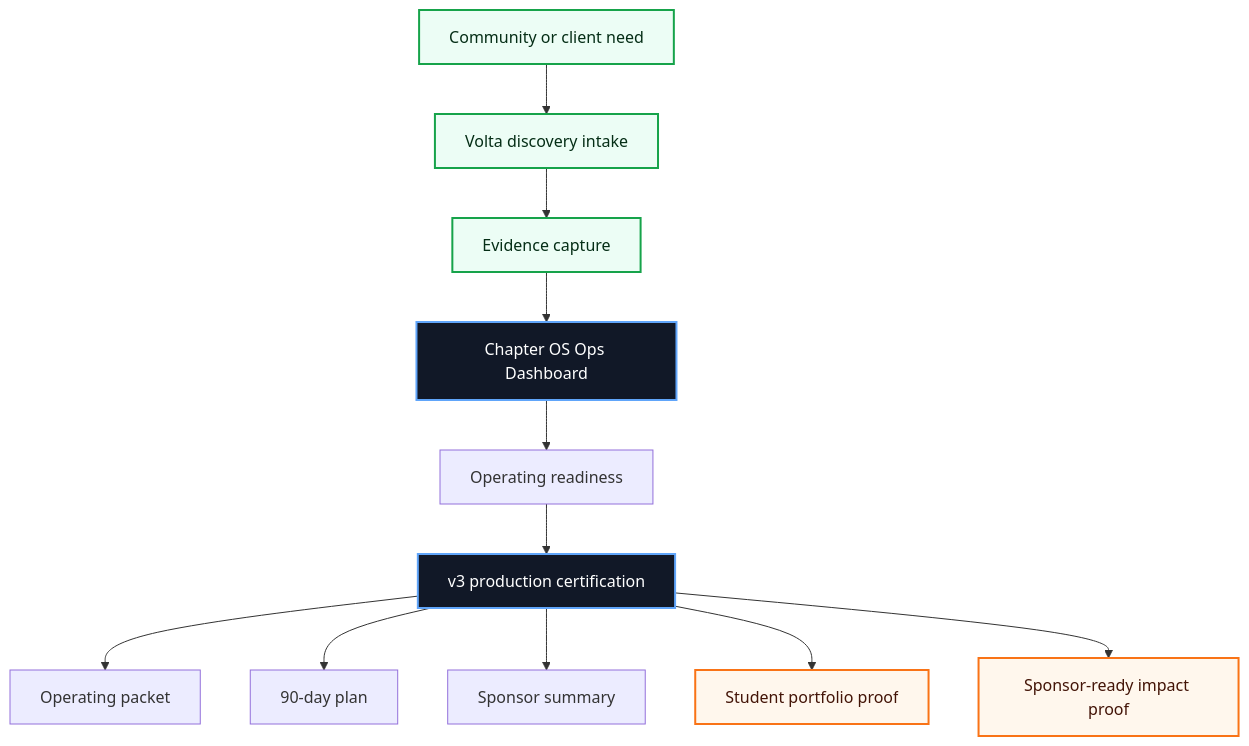
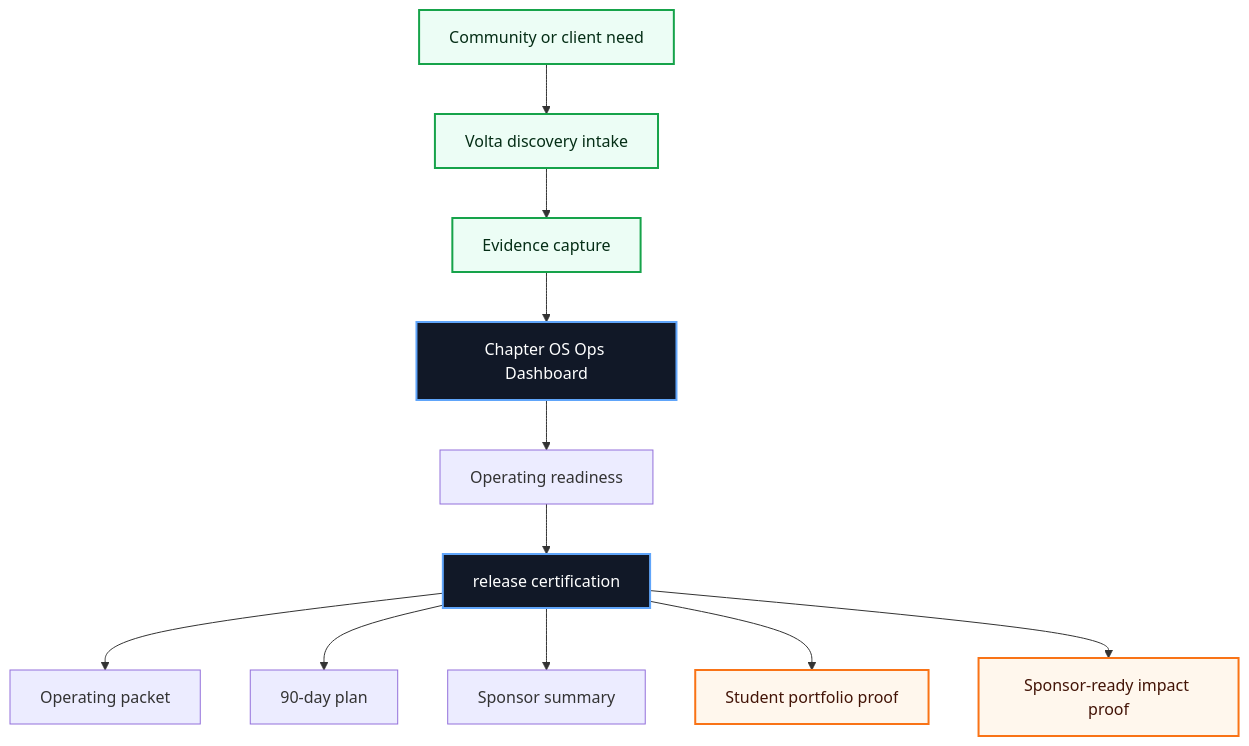
One commit to volta-npo/chapter-os changed the first of 3 diagrams in README.md. Above: the diagram before and after it, drawn with Mermaid. The commit also changed other lines of this file and 28 other files, not shown here.

````diff
--- a/README.md
+++ b/README.md
@@ -43,20 +43,20 @@
 ```mermaid
 flowchart TD
     Need["Community or client need"] --> Intake["Volta discovery intake"]
     Intake --> Evidence["Evidence capture"]
     Evidence --> Workbench["Chapter OS Ops Dashboard"]
     Workbench --> Score["Operating readiness"]
-    Score --> Cert["v3 production certification"]
+    Score --> Cert["release certification"]
     Cert --> A1["Operating packet"]
     Cert --> A2["90-day plan"]
     Cert --> A3["Sponsor summary"]
     Cert --> Student["Student portfolio proof"]
     Cert --> Sponsor["Sponsor-ready impact proof"]
 
     classDef volta fill:#111827,stroke:#60a5fa,color:#ffffff,stroke-width:2px;
     classDef equity fill:#ecfdf5,stroke:#16a34a,color:#052e16,stroke-width:2px;
     classDef proof fill:#fff7ed,stroke:#f97316,color:#431407,stroke-width:2px;
     class Workbench,Cert volta;
     class Need,Intake,Evidence equity;
     class Student,Sponsor proof;
 ```
````
